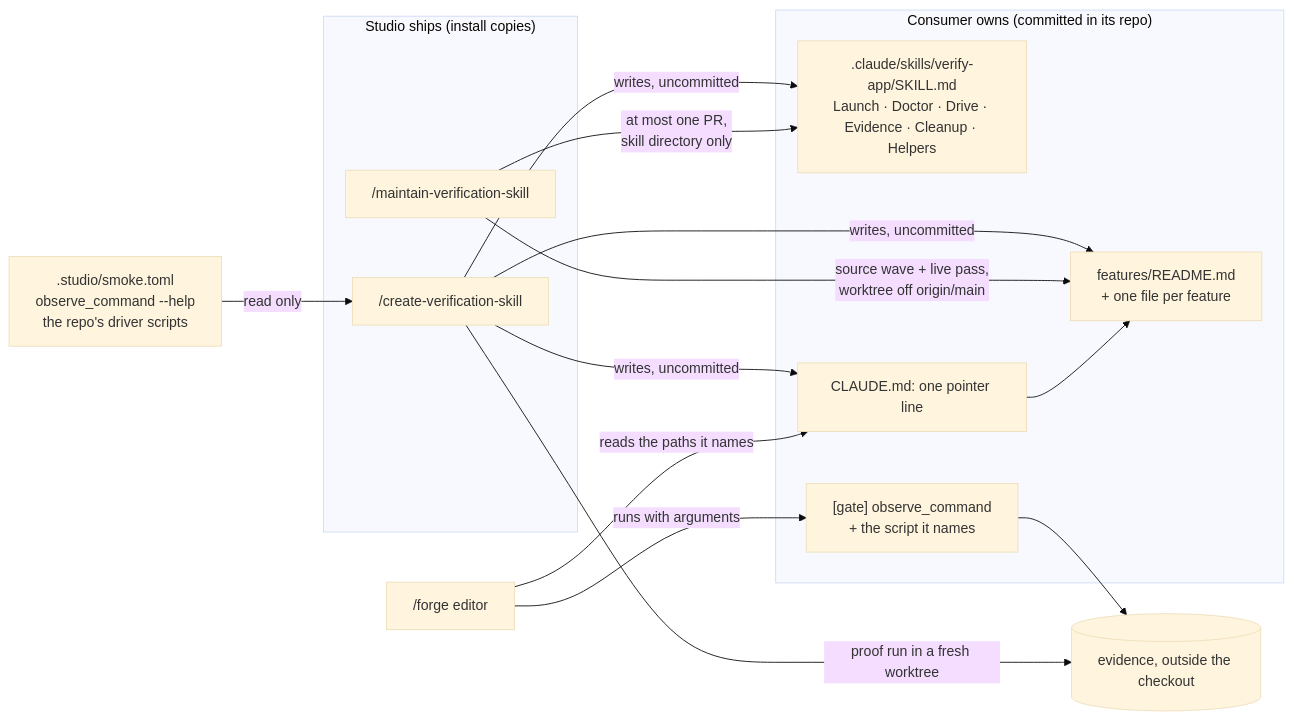
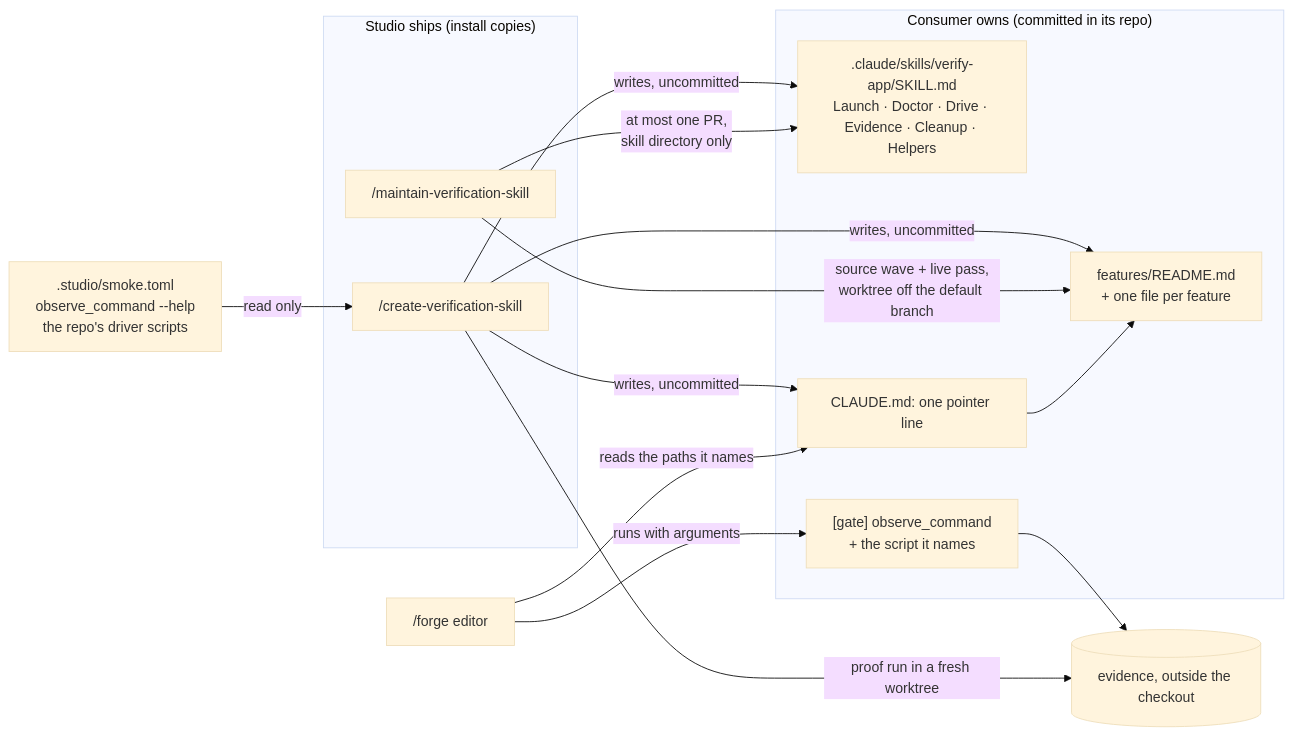
Before and after one commit to eladrianovalle/TheStudio: the diagram in specs/verify-skill.md, drawn with Mermaid (base theme). The commit also changed other lines of this file and 12 other files, not shown here.

````diff
--- a/specs/verify-skill.md
+++ b/specs/verify-skill.md
@@ -49,21 +49,21 @@
 ```mermaid
 flowchart LR
   subgraph Studio["Studio ships (install copies)"]
     C1["/create-verification-skill"]
     C2["/maintain-verification-skill"]
   end
   subgraph Consumer["Consumer owns (committed in its repo)"]
     S[".claude/skills/verify-app/SKILL.md<br/>Launch · Doctor · Drive · Evidence · Cleanup · Helpers"]
     F["features/README.md<br/>+ one file per feature"]
     P["CLAUDE.md: one pointer line"]
     O["[gate] observe_command<br/>+ the script it names"]
   end
   Seeds[".studio/smoke.toml<br/>observe_command --help<br/>the repo's driver scripts"] -->|read only| C1
   C1 -->|writes, uncommitted| S & F & P
   C1 -->|"proof run in a fresh worktree"| E[("evidence, outside the checkout")]
-  C2 -->|"source wave + live pass,<br/>worktree off origin/main"| F
+  C2 -->|"source wave + live pass,<br/>worktree off the default branch"| F
   C2 -->|"at most one PR,<br/>skill directory only"| S
   Editor["/forge editor"] -->|reads the paths it names| P
   P --> F
   Editor -->|runs with arguments| O --> E
 ```
````
